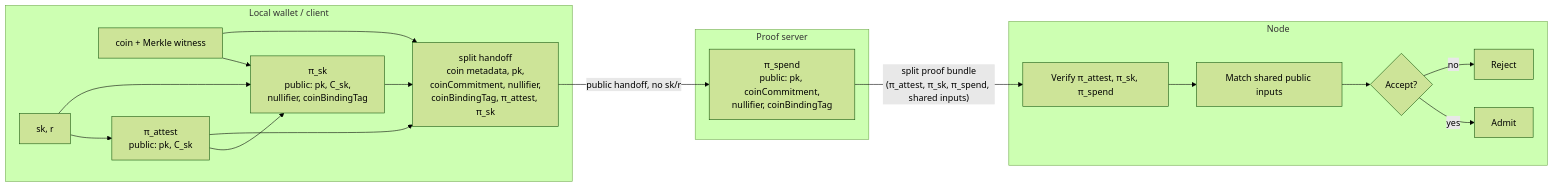
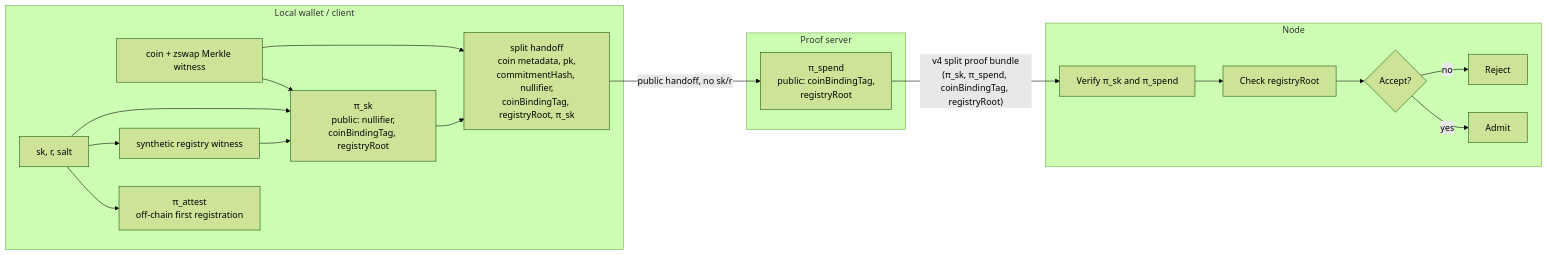
Before and after one commit to ADGLx/split-prove: the diagram in README.md, drawn with Mermaid (forest theme). The commit also changed other lines of this file and 18 other files, not shown here.

````diff
--- a/README.md
+++ b/README.md
@@ -9,37 +9,38 @@
 ```mermaid
 flowchart LR
     subgraph LOCAL["Local wallet / client"]
-        W["sk, r"]
-        C["coin + Merkle witness"]
-        A["π_attest<br/>public: pk, C_sk"]
-        S["π_sk<br/>public: pk, C_sk,<br/>nullifier, coinBindingTag"]
-        H["split handoff<br/>coin metadata, pk,<br/>coinCommitment, nullifier,<br/>coinBindingTag, π_attest, π_sk"]
+        W["sk, r, salt"]
+        C["coin + zswap Merkle witness"]
+        R["synthetic registry witness"]
+        A["π_attest<br/>off-chain first registration"]
+        S["π_sk<br/>public: nullifier,<br/>coinBindingTag, registryRoot"]
+        H["split handoff<br/>coin metadata, pk,<br/>commitmentHash, nullifier,<br/>coinBindingTag, registryRoot, π_sk"]
 
         W --> A
+        W --> R
         W --> S
         C --> S
-        A --> S
-        A --> H
+        R --> S
         S --> H
         C --> H
     end
 
     subgraph SERVER["Proof server"]
-        P["π_spend<br/>public: pk, coinCommitment,<br/>nullifier, coinBindingTag"]
+        P["π_spend<br/>public: coinBindingTag,<br/>registryRoot"]
     end
 
     subgraph NODE["Node"]
-        V["Verify π_attest, π_sk, π_spend"]
-        M["Match shared public inputs"]
+        V["Verify π_sk and π_spend"]
+        M["Check registryRoot"]
         D{"Accept?"}
         OK["Admit"]
         NO["Reject"]
 
         V --> M --> D
         D -- yes --> OK
         D -- no --> NO
     end
 
     H -- "public handoff, no sk/r" --> P
-    P -- "split proof bundle<br/>(π_attest, π_sk, π_spend, shared inputs)" --> V
+    P -- "v4 split proof bundle<br/>(π_sk, π_spend, coinBindingTag, registryRoot)" --> V
 ```
````
